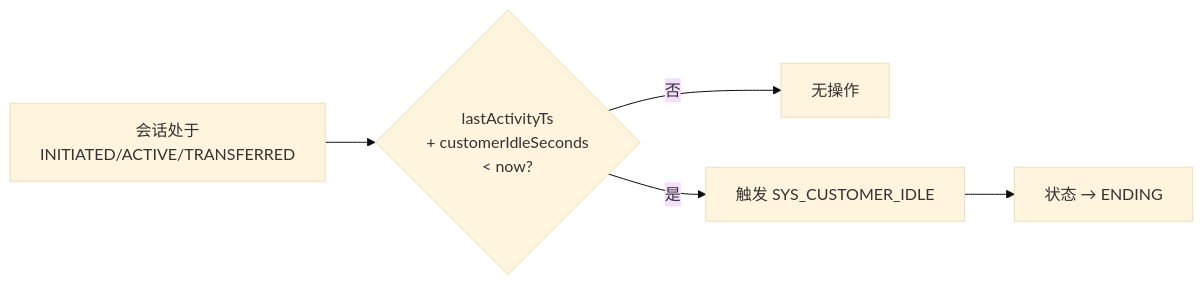
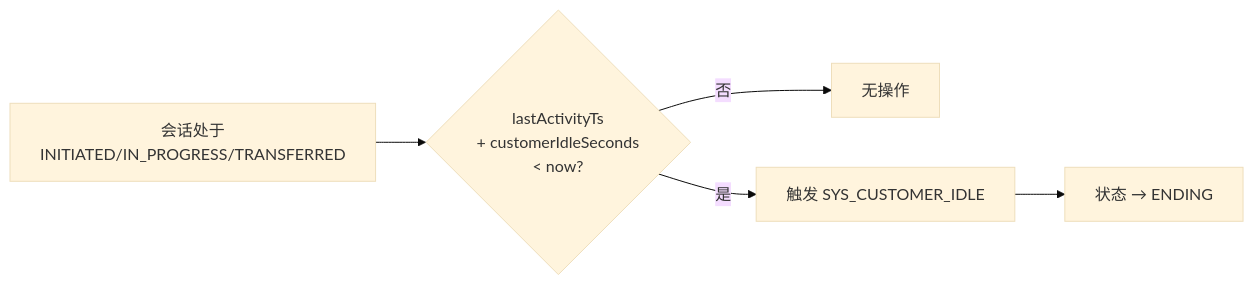
Before and after one commit to huangzhiqiu/ai-knowledge-design: the third of 7 diagrams in 08-Code/state-machine/docs/zh/03-State-Transition-Diagrams.md, drawn with Mermaid (base theme). The commit also changed other lines of this file and 23 other files, not shown here.

````diff
--- a/08-Code/state-machine/docs/zh/03-State-Transition-Diagrams.md
+++ b/08-Code/state-machine/docs/zh/03-State-Transition-Diagrams.md
@@ -170,7 +170,7 @@
 ```mermaid
 flowchart LR
-    A[会话处于<br/>INITIATED/ACTIVE/TRANSFERRED] --> B{lastActivityTs<br/>+ customerIdleSeconds<br/>< now?}
+    A[会话处于<br/>INITIATED/IN_PROGRESS/TRANSFERRED] --> B{lastActivityTs<br/>+ customerIdleSeconds<br/>< now?}
     B -->|否| C[无操作]
     B -->|是| D[触发 SYS_CUSTOMER_IDLE]
     D --> E[状态 → ENDING]
 ```
````
